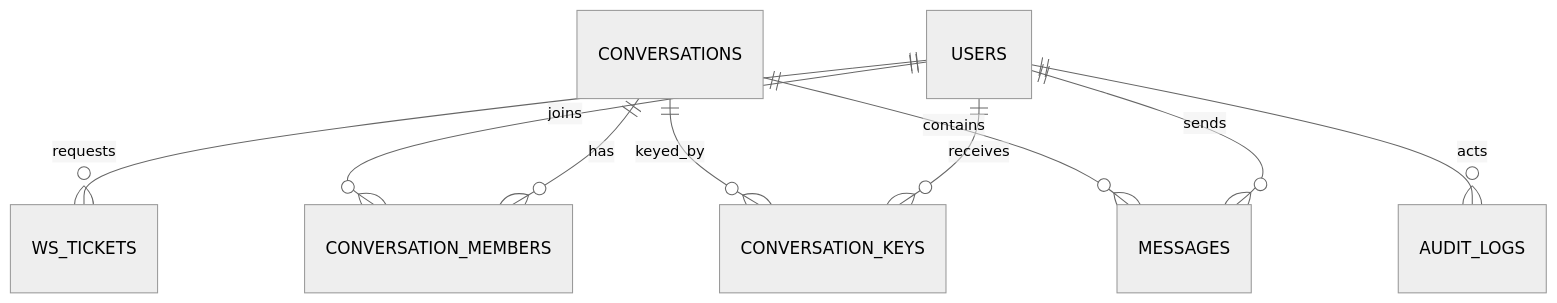
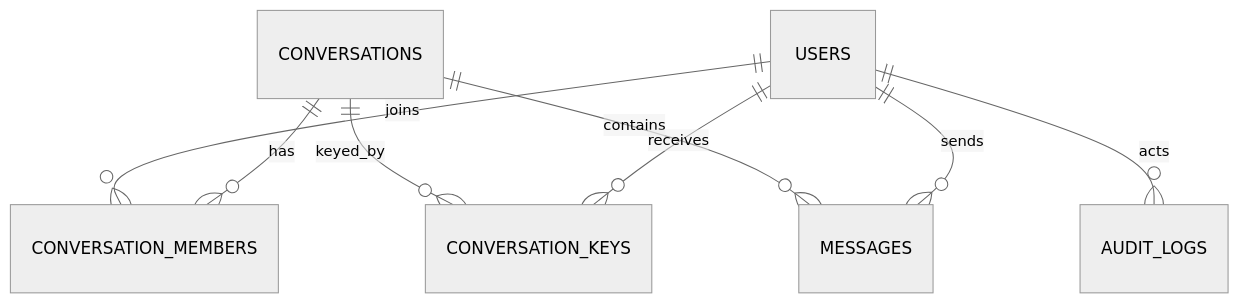
The second of 5 diagrams in docs/System_Design.md (Silicon-Brains/chat-control), drawn with Mermaid (neutral theme) before and after one commit. The commit also changed other lines of this file and 57 other files, not shown here.

````diff
--- a/docs/System_Design.md
+++ b/docs/System_Design.md
@@ -73,11 +69,10 @@
 ```mermaid
 erDiagram
-  USERS ||--o{ WS_TICKETS : requests
   USERS ||--o{ CONVERSATION_MEMBERS : joins
   CONVERSATIONS ||--o{ CONVERSATION_MEMBERS : has
   CONVERSATIONS ||--o{ MESSAGES : contains
   CONVERSATIONS ||--o{ CONVERSATION_KEYS : keyed_by
   USERS ||--o{ CONVERSATION_KEYS : receives
   USERS ||--o{ MESSAGES : sends
   USERS ||--o{ AUDIT_LOGS : acts
 ```
````
